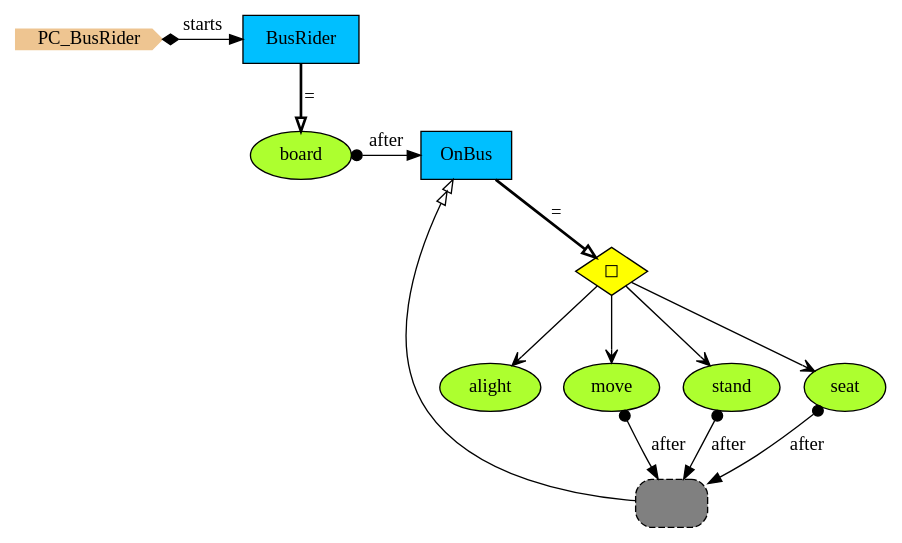
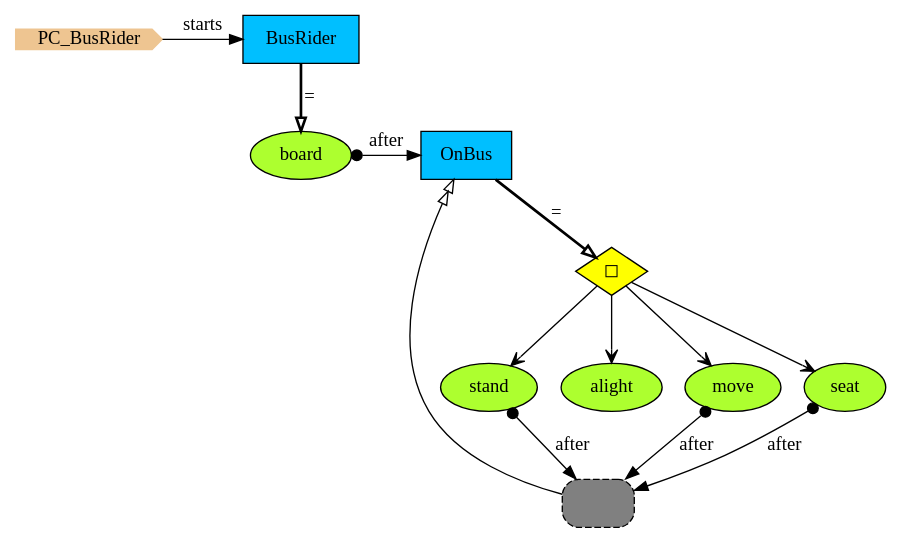
The diagram in Haskell/PCs/Examples/img/PC_BusRider.gv (namalio/Fragmenta), drawn with Graphviz before and after one commit. The commit also changed 157 other files, not shown here.

```diff
--- a/Haskell/PCs/Examples/img/PC_BusRider.gv
+++ b/Haskell/PCs/Examples/img/PC_BusRider.gv
@@ -1,28 +1,28 @@
 digraph {
 StartN_ [shape = cds,color=burlywood2,style=filled,height=.2,width=.2, label =PC_BusRider];
+BusRider [shape=box,fillcolor=deepskyblue,style = filled,label="BusRider "];
+OpOnBus [shape=diamond,fillcolor=yellow,style = filled,label="◻︎"];
+stand [shape=ellipse,fillcolor=greenyellow,style = filled,label="stand"];
+alight [shape=ellipse,fillcolor=greenyellow,style = filled,label="alight"];
 RefOnBus [shape=rectangle,fillcolor=gray,style="rounded,filled,dashed",label=" "];
-alight [shape=ellipse,fillcolor=greenyellow,style = filled,label="alight"];
 move [shape=ellipse,fillcolor=greenyellow,style = filled,label="move"];
-stand [shape=ellipse,fillcolor=greenyellow,style = filled,label="stand"];
 seat [shape=ellipse,fillcolor=greenyellow,style = filled,label="seat"];
-OpOnBus [shape=diamond,fillcolor=yellow,style = filled,label="◻︎"];
 OnBus [shape=box,fillcolor=deepskyblue,style = filled,label="OnBus "];
-BusRider [shape=box,fillcolor=deepskyblue,style = filled,label="BusRider "];
 board [shape=ellipse,fillcolor=greenyellow,style = filled,label="board"];
 
-{rank=min;StartN_,BusRider}
-{rank=same;board,OnBus}
+{rank=same;OnBus,board}
+{rank=same;BusRider,StartN_}
 
 RefOnBus->OnBus[arrowhead="normalnormal",fillcolor=white,label=" "];
+stand->RefOnBus[arrowtail=dot,dir=both,label="after"];
+OpOnBus->alight[arrowhead="open"];
+OpOnBus->stand[arrowhead="open"];
+board->OnBus[arrowtail=dot,dir=both,label="after"];
+BusRider->board[arrowhead="onormal",penwidth=2,label="="];
+OnBus->OpOnBus[arrowhead="onormal",penwidth=2,label="="];
+StartN_->BusRider[label="starts"];
+OpOnBus->seat[arrowhead="open"];
+OpOnBus->move[arrowhead="open"];
+seat->RefOnBus[arrowtail=dot,dir=both,label="after"];
 move->RefOnBus[arrowtail=dot,dir=both,label="after"];
-stand->RefOnBus[arrowtail=dot,dir=both,label="after"];
-seat->RefOnBus[arrowtail=dot,dir=both,label="after"];
-OpOnBus->alight[arrowhead="open"];
-OpOnBus->move[arrowhead="open"];
-OpOnBus->stand[arrowhead="open"];
-OpOnBus->seat[arrowhead="open"];
-board->OnBus[arrowtail=dot,dir=both,label="after"];
-StartN_->BusRider[arrowtail=diamond,dir=both,label="starts"];
-OnBus->OpOnBus[arrowhead="onormal",penwidth=2,label="="];
-BusRider->board[arrowhead="onormal",penwidth=2,label="="];
 }
```
